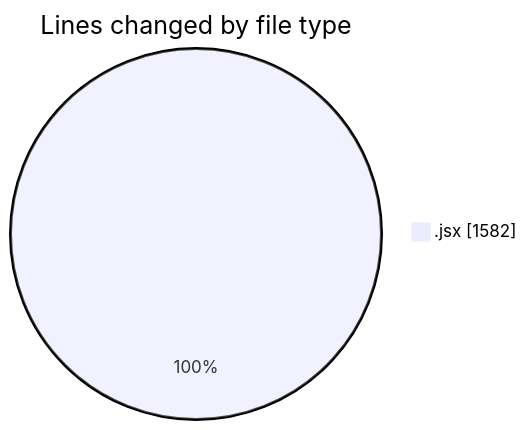
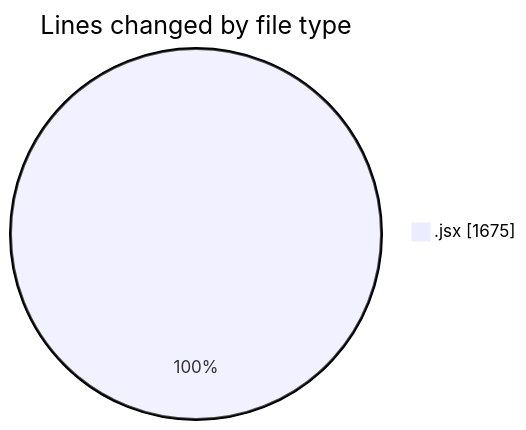
One commit to nxtqubesakshisongat/code-tracking changed the first of 2 diagrams in 2025-05-20/nxtqube_webapp/README.md. Above: the diagram before and after it, drawn with Mermaid. The commit also changed other lines of this file and 1 other file, not shown here.

````diff
--- a/2025-05-20/nxtqube_webapp/README.md
+++ b/2025-05-20/nxtqube_webapp/README.md
@@ -20,5 +20,5 @@
 ```mermaid
 pie showData
 title Lines changed by file type
-".jsx" : 1582
+".jsx" : 1675
 ```
````
